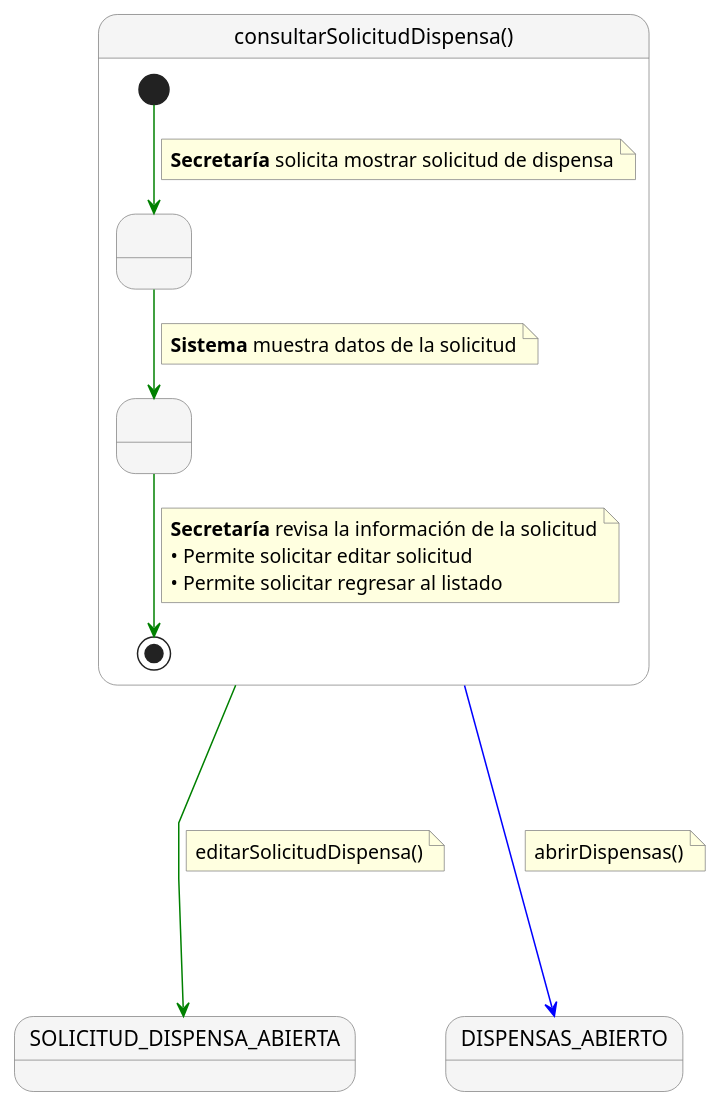
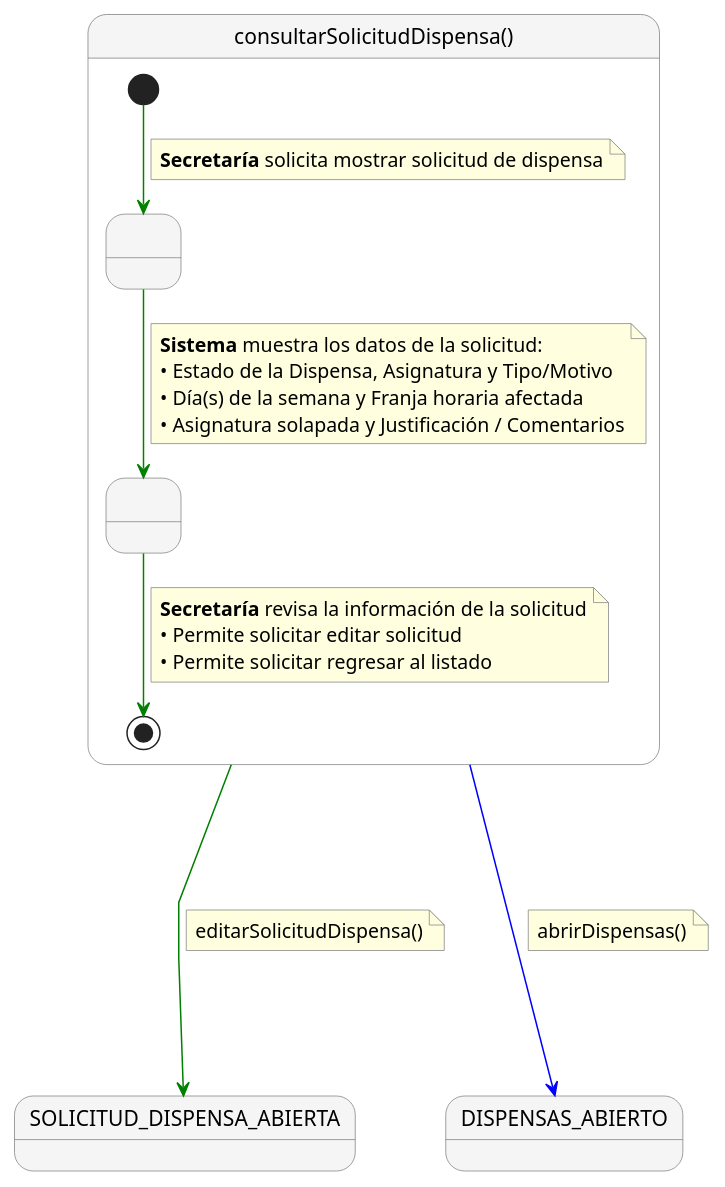
Before and after one commit to enmabry/25-26-IdSw1-SdR: the diagram in documents/CasosDeUso/DetalladoCasosDeUso/Secretaria/consultarSolicitudDispensa.puml, drawn with PlantUML. The commit also changed 72 other files, not shown here.

Commit message:
Cambios cruciales en los casos de uso, su detallado, y se agrego un diagrama de contexto en formato "dashboard"

```diff
--- a/documents/CasosDeUso/DetalladoCasosDeUso/Secretaria/consultarSolicitudDispensa.puml
+++ b/documents/CasosDeUso/DetalladoCasosDeUso/Secretaria/consultarSolicitudDispensa.puml
@@ -1,45 +1,48 @@
 @startuml
 skinparam nodesep 60
 skinparam ranksep 60
 skinparam linetype polyline
 skinparam NoteBackgroundColor lightyellow
 skinparam NoteBorderColor gray
 skinparam StateBackgroundColor #F5F5F5
 skinparam StateBorderColor gray
 
 state "consultarSolicitudDispensa()" as consultarSolicitudDispensa {
    
     state " " as Paso1
     state " " as Paso2
    
     [*] -[#green]-> Paso1
     note on link
       <b>Secretaría</b> solicita mostrar solicitud de dispensa
     end note
    
     Paso1 -[#green]-> Paso2
     note on link
-      <b>Sistema</b> muestra datos de la solicitud
+      <b>Sistema</b> muestra los datos de la solicitud:
+      • Estado de la Dispensa, Asignatura y Tipo/Motivo
+      • Día(s) de la semana y Franja horaria afectada
+      • Asignatura solapada y Justificación / Comentarios
     end note
    
     Paso2 -[#green]-> [*]
     note on link
       <b>Secretaría</b> revisa la información de la solicitud
       • Permite solicitar editar solicitud
       • Permite solicitar regresar al listado
     end note
 }
 
 state "SOLICITUD_DISPENSA_ABIERTA" as SOLICITUD_DISPENSA_ABIERTA
 state "DISPENSAS_ABIERTO" as DISPENSAS_ABIERTO
 
 consultarSolicitudDispensa -[#green]---> SOLICITUD_DISPENSA_ABIERTA
 note right on link
   editarSolicitudDispensa()
 end note
 
 consultarSolicitudDispensa -[#blue]---> DISPENSAS_ABIERTO
 note right on link
   abrirDispensas()
 end note
 @enduml
```
